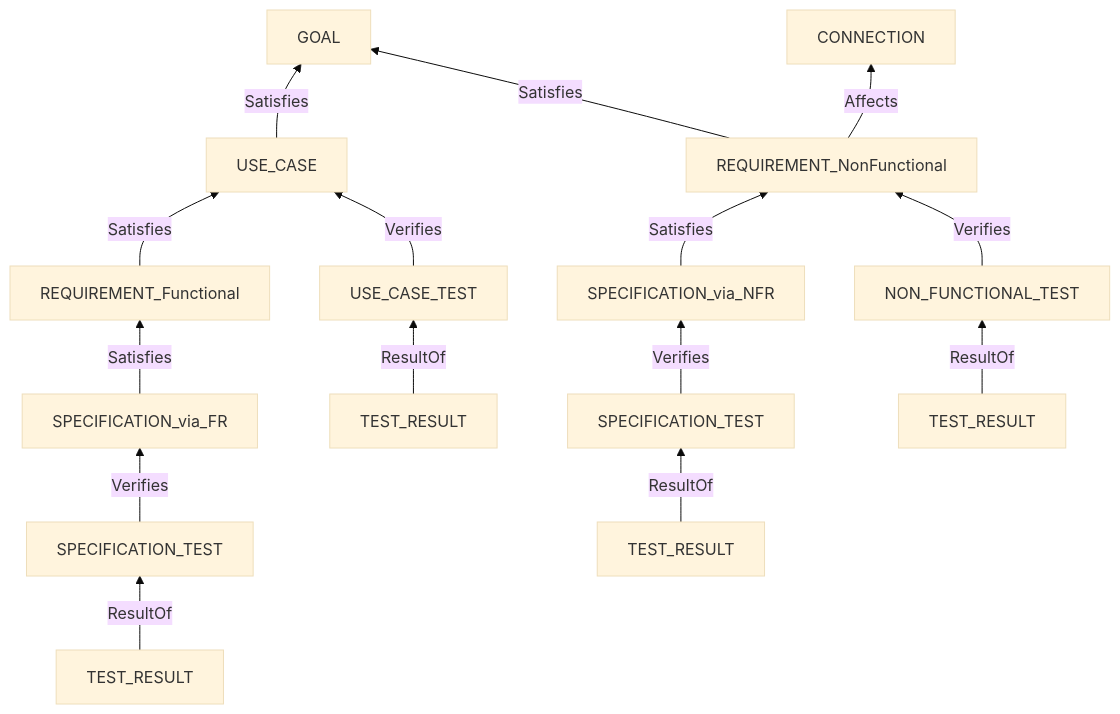
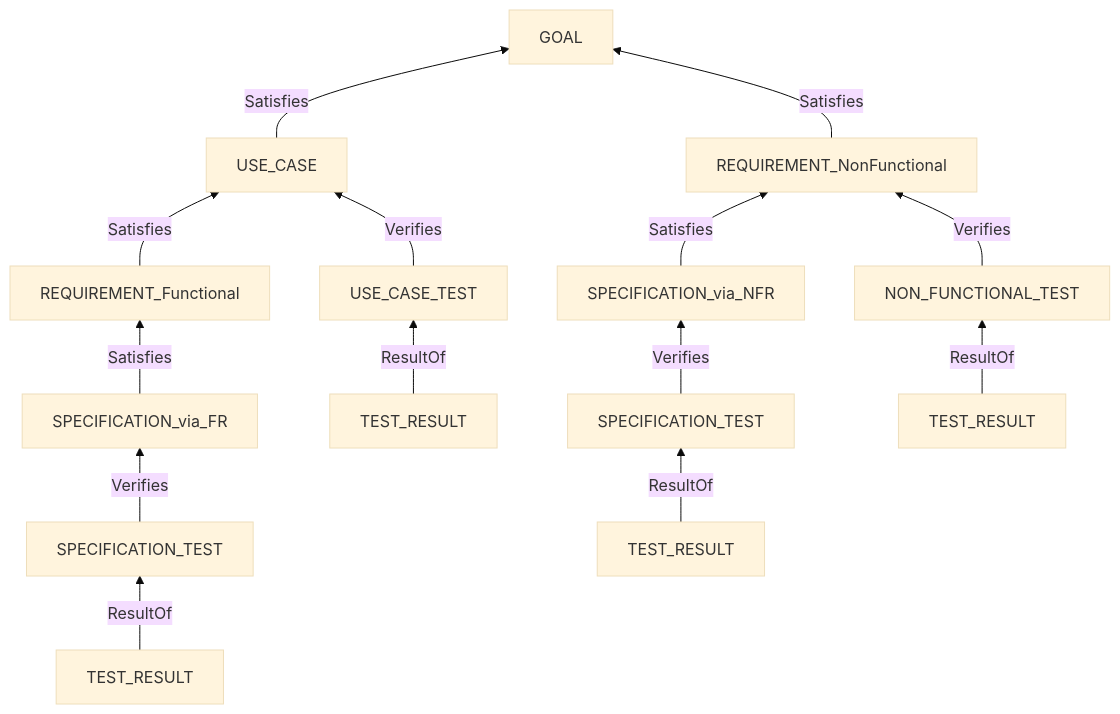
Before and after one commit to GoodRelax/gr-sw-maker: the diagram in maintenance/2026-08-08/08-edit-policy.md, drawn with Mermaid (base theme). The commit also changed other lines of this file and 1 other file, not shown here.

````diff
--- a/maintenance/2026-08-08/08-edit-policy.md
+++ b/maintenance/2026-08-08/08-edit-policy.md
@@ -268,17 +271,16 @@
 ```mermaid
 flowchart BT
     UC["USE_CASE"] -->|Satisfies| GL["GOAL"]
     FR["REQUIREMENT_Functional"] -->|Satisfies| UC
     NFR["REQUIREMENT_NonFunctional"] -->|Satisfies| GL
     SPF["SPECIFICATION_via_FR"] -->|Satisfies| FR
     SPN["SPECIFICATION_via_NFR"] -->|Satisfies| NFR
-    NFR -->|Affects| CN["CONNECTION"]
     TCU["USE_CASE_TEST"] -->|Verifies| UC
     TCF["SPECIFICATION_TEST"] -->|Verifies| SPF
     TCN["SPECIFICATION_TEST"] -->|Verifies| SPN
     TCR["NON_FUNCTIONAL_TEST"] -->|Verifies| NFR
     TRU["TEST_RESULT"] -->|ResultOf| TCU
     TRF["TEST_RESULT"] -->|ResultOf| TCF
     TRN["TEST_RESULT"] -->|ResultOf| TCN
     TRR["TEST_RESULT"] -->|ResultOf| TCR
 ```
````
